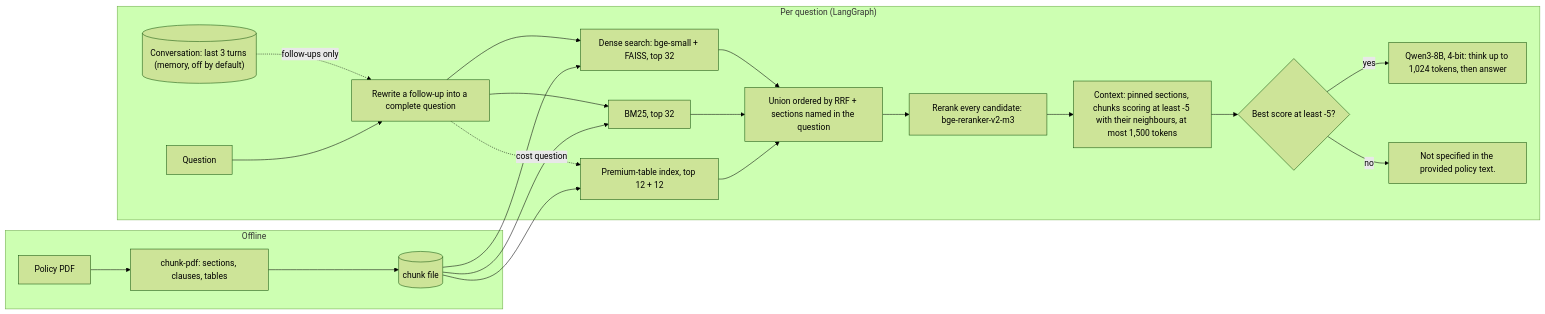
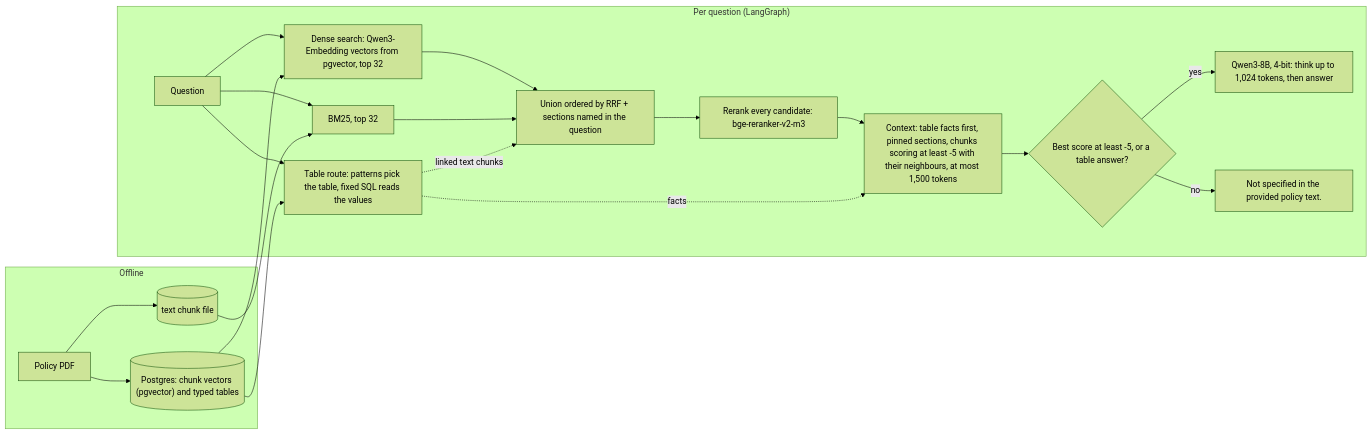
Before and after one commit to RamkrushnaSaner/insurance-policy-rag: the diagram in README.md, drawn with Mermaid (forest theme). The commit also changed other lines of this file and 18 other files, not shown here.

````diff
--- a/README.md
+++ b/README.md
@@ -101,24 +122,24 @@
 ```mermaid
 flowchart LR
   subgraph Offline
-    PDF[Policy PDF] --> CHK["chunk-pdf: sections, clauses, tables"] --> CF[(chunk file)]
+    PDF[Policy PDF] --> CF[(text chunk file)]
+    PDF --> DB[("Postgres: chunk vectors (pgvector) and typed tables")]
   end
   subgraph "Per question (LangGraph)"
-    H[("Conversation: last 3 turns (memory, off by default)")] -. follow-ups only .-> W["Rewrite a follow-up into a complete question"]
-    Q[Question] --> W
-    W --> D["Dense search: bge-small + FAISS, top 32"]
-    W --> B["BM25, top 32"]
-    W -. cost question .-> P["Premium-table index, top 12 + 12"]
+    Q[Question] --> D["Dense search: Qwen3-Embedding vectors from pgvector, top 32"]
+    Q --> B["BM25, top 32"]
+    Q --> T["Table route: patterns pick the table, fixed SQL reads the values"]
     D --> U["Union ordered by RRF + sections named in the question"]
     B --> U
-    P --> U
+    T -. linked text chunks .-> U
     U --> RR["Rerank every candidate: bge-reranker-v2-m3"]
-    RR --> C["Context: pinned sections, chunks scoring at least -5 with their neighbours, at most 1,500 tokens"]
-    C --> G{"Best score at least -5?"}
+    RR --> C["Context: table facts first, pinned sections, chunks scoring at least -5 with their neighbours, at most 1,500 tokens"]
+    T -. facts .-> C
+    C --> G{"Best score at least -5, or a table answer?"}
     G -- yes --> L["Qwen3-8B, 4-bit: think up to 1,024 tokens, then answer"]
     G -- no --> N["Not specified in the provided policy text."]
   end
-  CF --> D
   CF --> B
-  CF --> P
+  DB --> D
+  DB --> T
 ```
````
